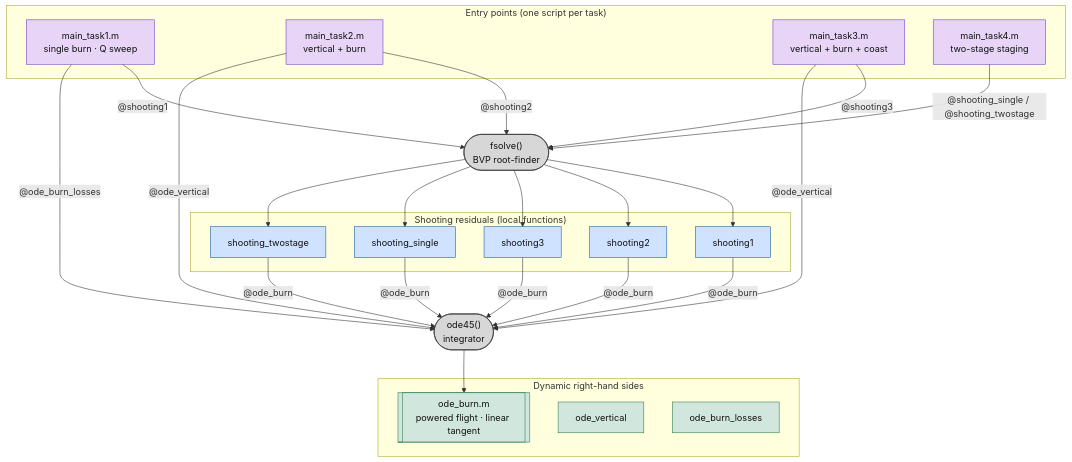
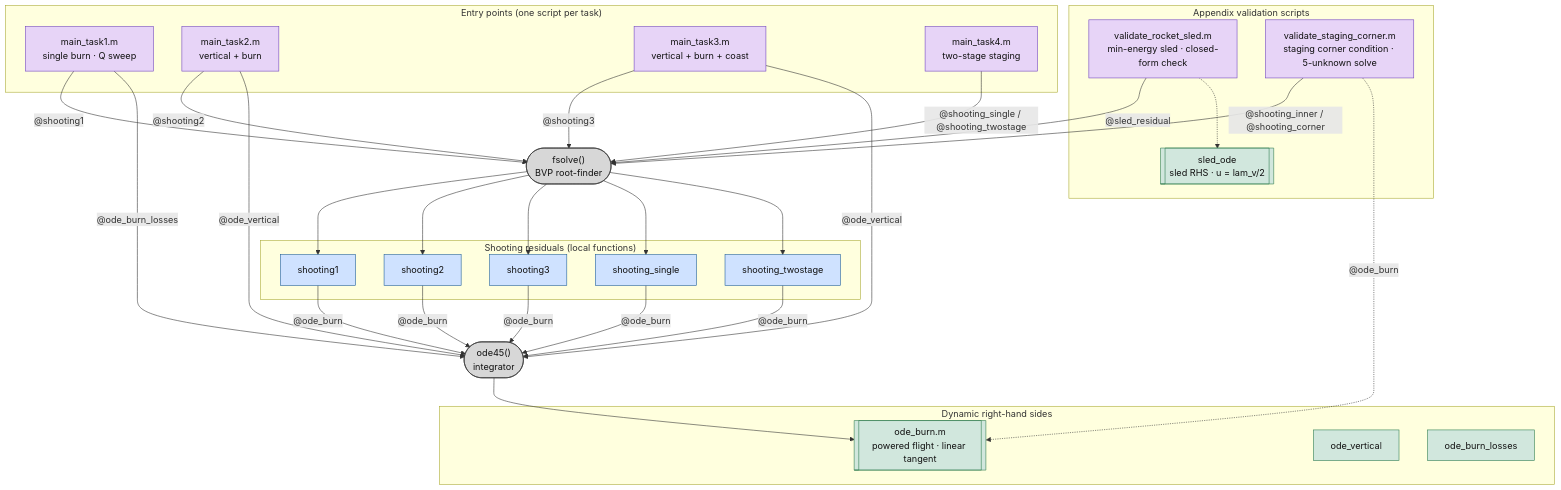
The first of 8 diagrams in HM1/docs/flowcharts.md (nickdambr/dynamics-control-launch-vehicles), drawn with Mermaid before and after one commit. The commit also changed other lines of this file and 92 other files, not shown here.

````diff
--- a/HM1/docs/flowcharts.md
+++ b/HM1/docs/flowcharts.md
@@ -27,41 +27,51 @@
 ```mermaid
 flowchart TD
   subgraph entry["Entry points (one script per task)"]
     m1["main_task1.m<br/>single burn · Q sweep"]:::entryC
     m2["main_task2.m<br/>vertical + burn"]:::entryC
     m3["main_task3.m<br/>vertical + burn + coast"]:::entryC
     m4["main_task4.m<br/>two-stage staging"]:::entryC
   end
 
   fsolve(["fsolve()<br/>BVP root-finder"]):::engine
   ode45(["ode45()<br/>integrator"]):::engine
 
   subgraph resid["Shooting residuals (local functions)"]
     sh1["shooting1"]:::proc
     sh2["shooting2"]:::proc
     sh3["shooting3"]:::proc
     shs["shooting_single"]:::proc
     sht["shooting_twostage"]:::proc
   end
 
   subgraph rhs["Dynamic right-hand sides"]
     odeb[["ode_burn.m<br/>powered flight · linear tangent"]]:::io
     odev["ode_vertical"]:::io
     odel["ode_burn_losses"]:::io
   end
 
+  subgraph valid["Appendix validation scripts"]
+    vr["validate_rocket_sled.m<br/>min-energy sled · closed-form check"]:::entryC
+    vs["validate_staging_corner.m<br/>staging corner condition · 5-unknown solve"]:::entryC
+    sled[["sled_ode<br/>sled RHS · u = lam_v/2"]]:::io
+  end
+
   m1 -->|"@shooting1"| fsolve
   m2 -->|"@shooting2"| fsolve
   m3 -->|"@shooting3"| fsolve
   m4 -->|"@shooting_single / @shooting_twostage"| fsolve
   fsolve --> sh1 & sh2 & sh3 & shs & sht
   sh1 & sh2 & sh3 & shs & sht -->|"@ode_burn"| ode45
   ode45 --> odeb
   m2 & m3 -->|"@ode_vertical"| ode45
   m1 -->|"@ode_burn_losses"| ode45
+  vr -->|"@sled_residual"| fsolve
+  vs -->|"@shooting_inner / @shooting_corner"| fsolve
+  vs -.->|"@ode_burn"| odeb
+  vr -.-> sled
 
   classDef entryC fill:#e7d4f7,stroke:#6f42c1,color:#111
   classDef engine fill:#d7d7d7,stroke:#333,color:#111
   classDef proc fill:#cfe2ff,stroke:#1c5d99,color:#111
   classDef io fill:#d1e7dd,stroke:#2e7d4f,color:#111
 ```
````
